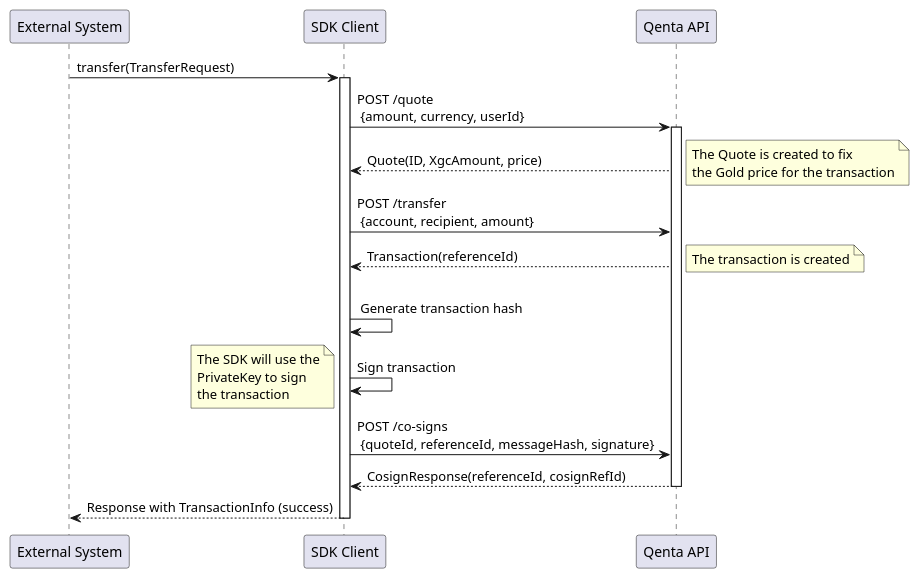
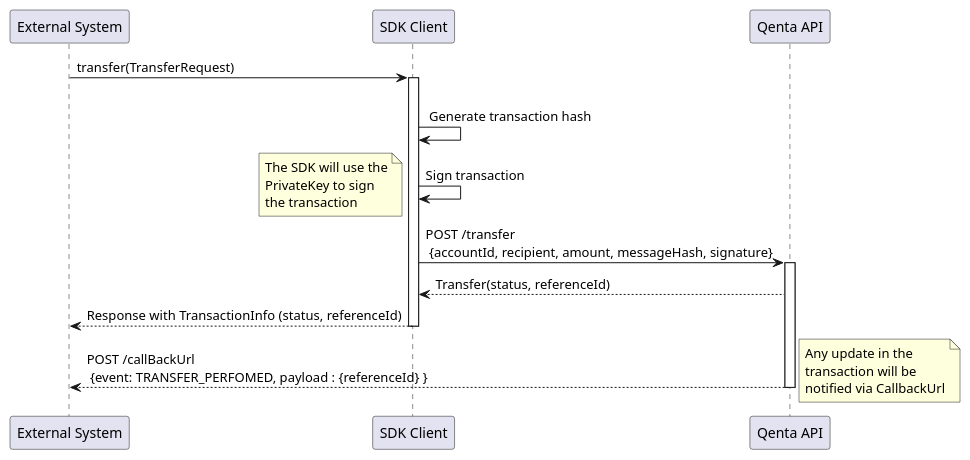
Before and after one commit to responsible-gold/pro-wallet-integration-decumentation: the diagram in use_cases/transactions/perform_individual_transaction.puml, drawn with PlantUML. The commit also changed 3 other files, not shown here.

```diff
--- a/use_cases/transactions/perform_individual_transaction.puml
+++ b/use_cases/transactions/perform_individual_transaction.puml
@@ -1,42 +1,36 @@
 @startuml
 participant "External System" as Application
 participant "SDK Client" as SdkClient
 participant "Qenta API" as Qenta
 
 Application -> SdkClient: transfer(TransferRequest)
 activate SdkClient
-SdkClient -> Qenta: POST /quote \n {amount, currency, userId}
-activate Qenta
-Qenta --> SdkClient: Quote(ID, XgcAmount, price)
 
-note right
-    The Quote is created to fix
-    the Gold price for the transaction
-end note
-
-SdkClient -> Qenta: POST /transfer \n {account, recipient, amount}
-Qenta --> SdkClient: Transaction(referenceId)
-
-note right
-    The transaction is created
-end note
 
 SdkClient -> SdkClient: \n Generate transaction hash
 SdkClient -> SdkClient: Sign transaction
 
 note left
     The SDK will use the
     PrivateKey to sign
     the transaction
 end note
 
 
-SdkClient -> Qenta: POST /co-signs \n {quoteId, referenceId, messageHash, signature}
-Qenta --> SdkClient: CosignResponse(referenceId, cosignRefId)
+SdkClient -> Qenta: POST /transfer \n {accountId, recipient, amount, messageHash, signature}
+activate Qenta
+Qenta --> SdkClient: Transfer(status, referenceId)
+
+SdkClient --> Application: Response with TransactionInfo (status, referenceId)
+deactivate SdkClient
+
+Qenta --> Application: POST /callBackUrl \n {event: TRANSFER_PERFOMED, payload : {referenceId} }
 deactivate Qenta
-
-SdkClient --> Application: Response with TransactionInfo (success)
-deactivate SdkClient
+note right
+    Any update in the
+    transaction will be
+    notified via CallbackUrl
+end note
 
 
 @enduml
```
